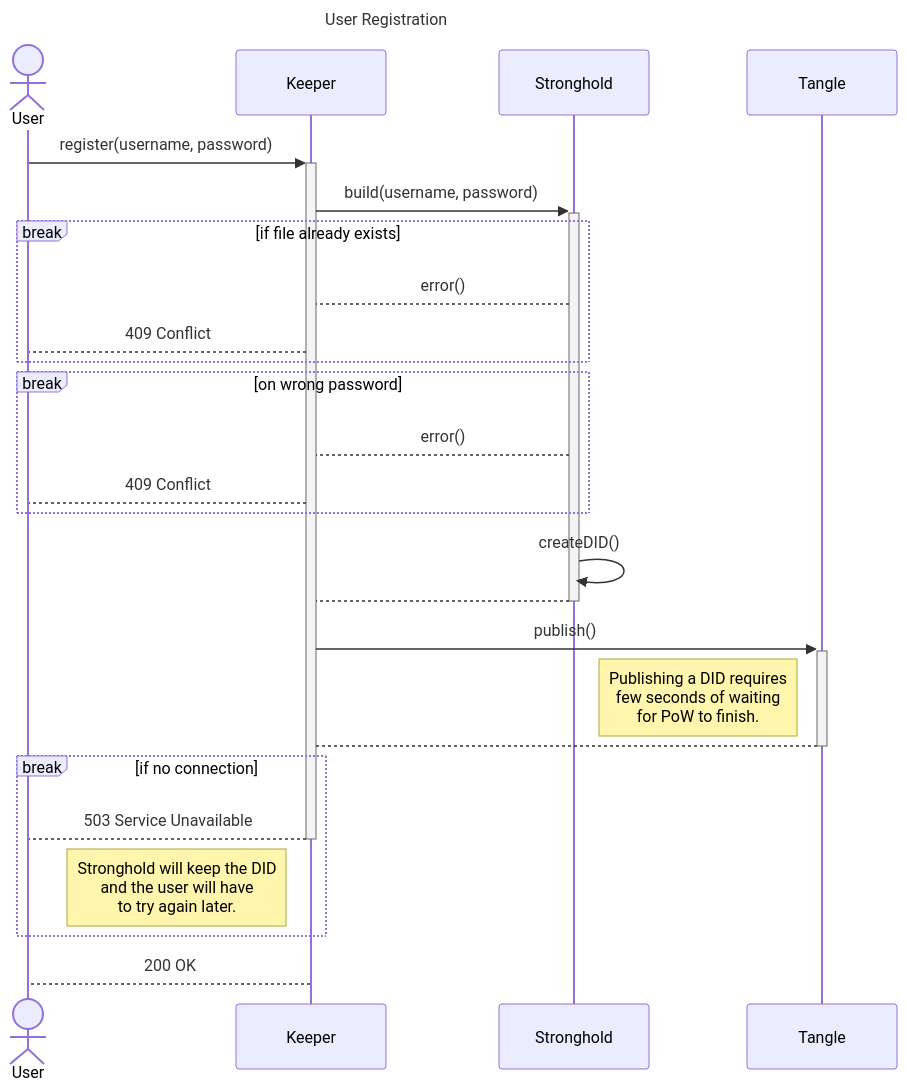
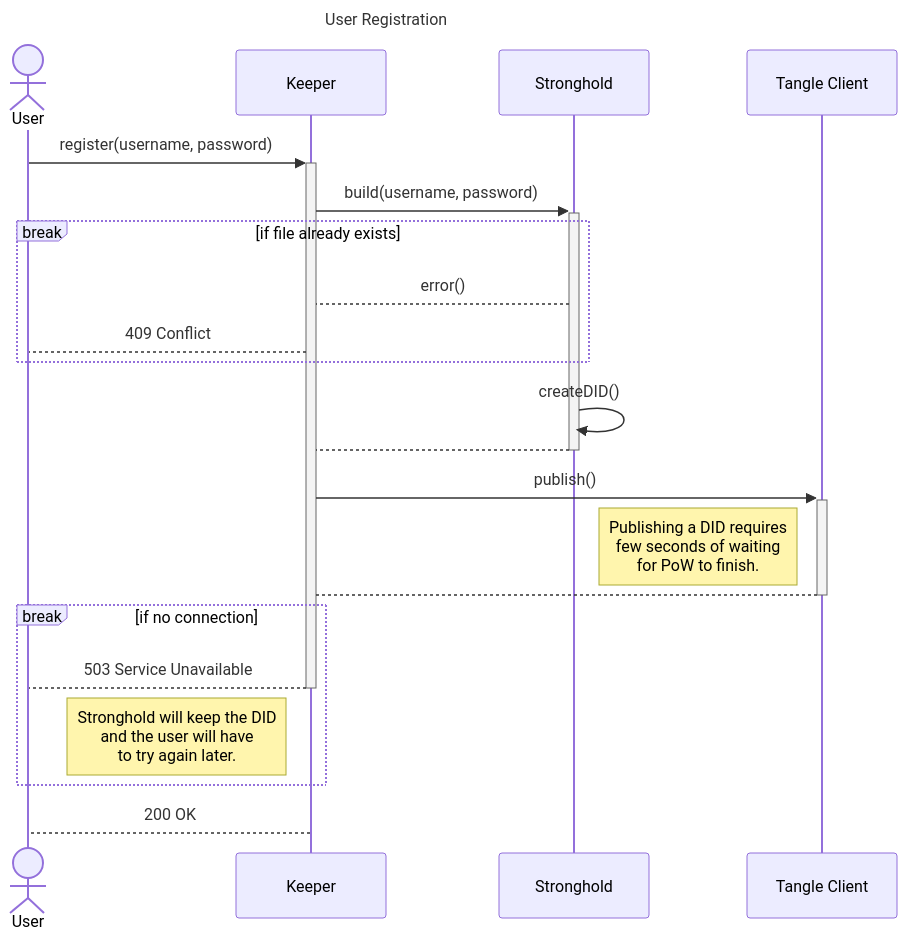
One commit to kkmarv/IOTA-Digital-Student-ID changed the first of 3 diagrams in keeper/README.md. Above: the diagram before and after it, drawn with Mermaid. The commit also changed 2 other files, not shown here.

Commit message:
update readmes

````diff
--- a/keeper/README.md
+++ b/keeper/README.md
@@ -13,31 +13,27 @@
 ```mermaid
 ---
 title: User Registration
 ---
 sequenceDiagram
     actor U as User
     participant K as Keeper
     participant S as Stronghold
-    participant T as Tangle
+    participant T as Tangle Client
 
     U->>+K: register(username, password)
     K->>+S: build(username, password)
     break if file already exists
-        S-->K: error()
-        K-->U: 409 Conflict
-    end
-    break on wrong password
         S-->K: error()
         K-->U: 409 Conflict
     end
     S->>S: createDID()
     S-->-K: 
     K->>+T: publish()
     Note left of T: Publishing a DID requires <br> few seconds of waiting <br> for PoW to finish.
     T-->-K: 
     break if no connection
         K-->-U: 503 Service Unavailable
         Note left of K: Stronghold will keep the DID <br> and the user will have <br> to try again later.
     end
     K-->U: 200 OK
 ```
````
